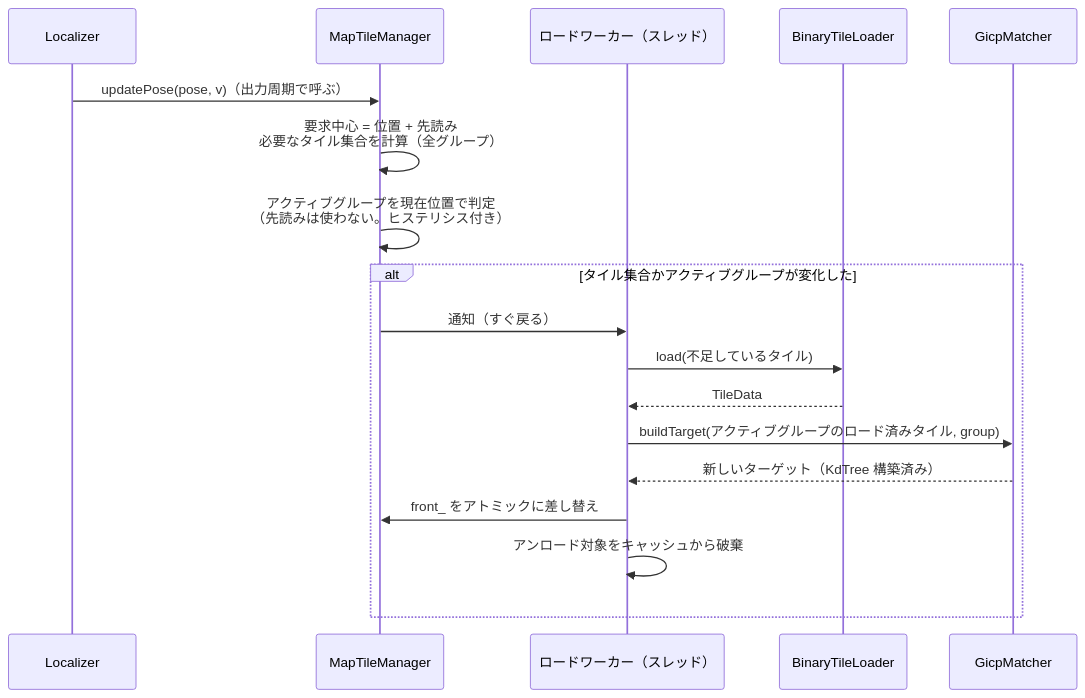
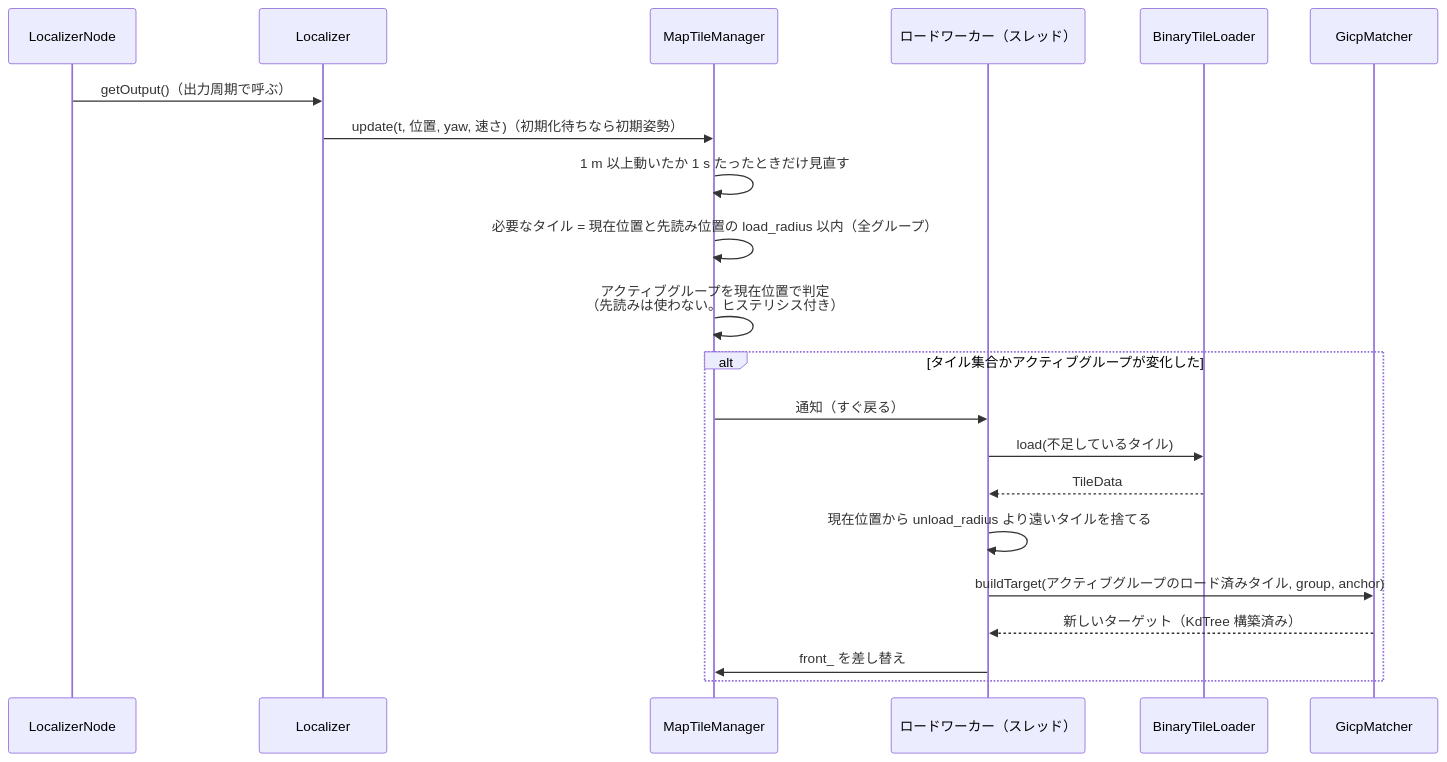
One commit to mamoru1126/gnss_and_lidar_localization changed diagram 15 of 15 in docs/architecture.md. Above: the diagram before and after it, drawn with Mermaid. The commit also changed other lines of this file and 12 other files, not shown here.

First line of the commit message:
feat: 地図上での初期化にタイムアウトを追加し、Phase 2 に合わせて文書を更新

````diff
--- a/docs/architecture.md
+++ b/docs/architecture.md
@@ -973,21 +1230,24 @@
 ```mermaid
 sequenceDiagram
+  participant N as LocalizerNode
   participant L as Localizer
   participant MT as MapTileManager
   participant T as ロードワーカー（スレッド）
   participant TL as BinaryTileLoader
   participant G as GicpMatcher
 
-  L->>MT: updatePose(pose, v)（出力周期で呼ぶ）
-  MT->>MT: 要求中心 = 位置 + 先読み<br/>必要なタイル集合を計算（全グループ）
+  N->>L: getOutput()（出力周期で呼ぶ）
+  L->>MT: update(t, 位置, yaw, 速さ)（初期化待ちなら初期姿勢）
+  MT->>MT: 1 m 以上動いたか 1 s たったときだけ見直す
+  MT->>MT: 必要なタイル = 現在位置と先読み位置の load_radius 以内（全グループ）
   MT->>MT: アクティブグループを現在位置で判定<br/>（先読みは使わない。ヒステリシス付き）
   alt タイル集合かアクティブグループが変化した
     MT->>T: 通知（すぐ戻る）
     T->>TL: load(不足しているタイル)
     TL-->>T: TileData
-    T->>G: buildTarget(アクティブグループのロード済みタイル, group)
+    T->>T: 現在位置から unload_radius より遠いタイルを捨てる
+    T->>G: buildTarget(アクティブグループのロード済みタイル, group, anchor)
     G-->>T: 新しいターゲット（KdTree 構築済み）
-    T->>MT: front_ をアトミックに差し替え
-    T->>T: アンロード対象をキャッシュから破棄
+    T->>MT: front_ を差し替え
   end
 ```
````
